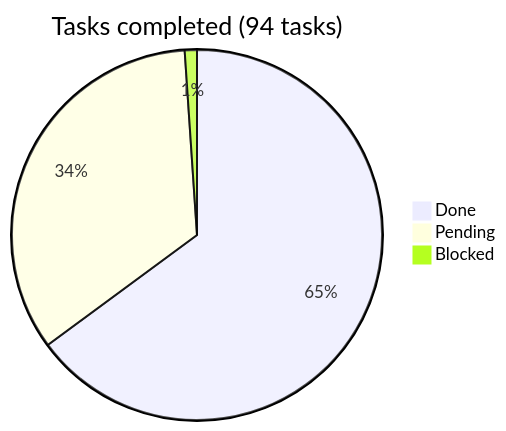
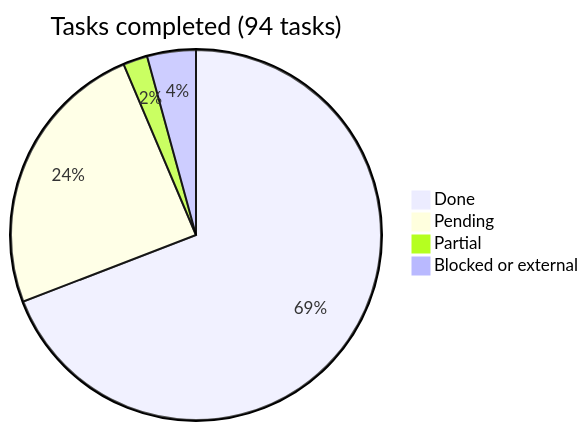
The diagram in docs/roadmap/README.md (araguaney-lat/araguaney-app), drawn with Mermaid before and after one commit. The commit also changed other lines of this file and 5 other files, not shown here.

````diff
--- a/docs/roadmap/README.md
+++ b/docs/roadmap/README.md
@@ -12,6 +12,7 @@
 ```mermaid
 pie title Tasks completed (94 tasks)
-    "Done" : 61
-    "Pending" : 32
-    "Blocked" : 1
+    "Done" : 65
+    "Pending" : 23
+    "Partial" : 2
+    "Blocked or external" : 4
 ```
````
